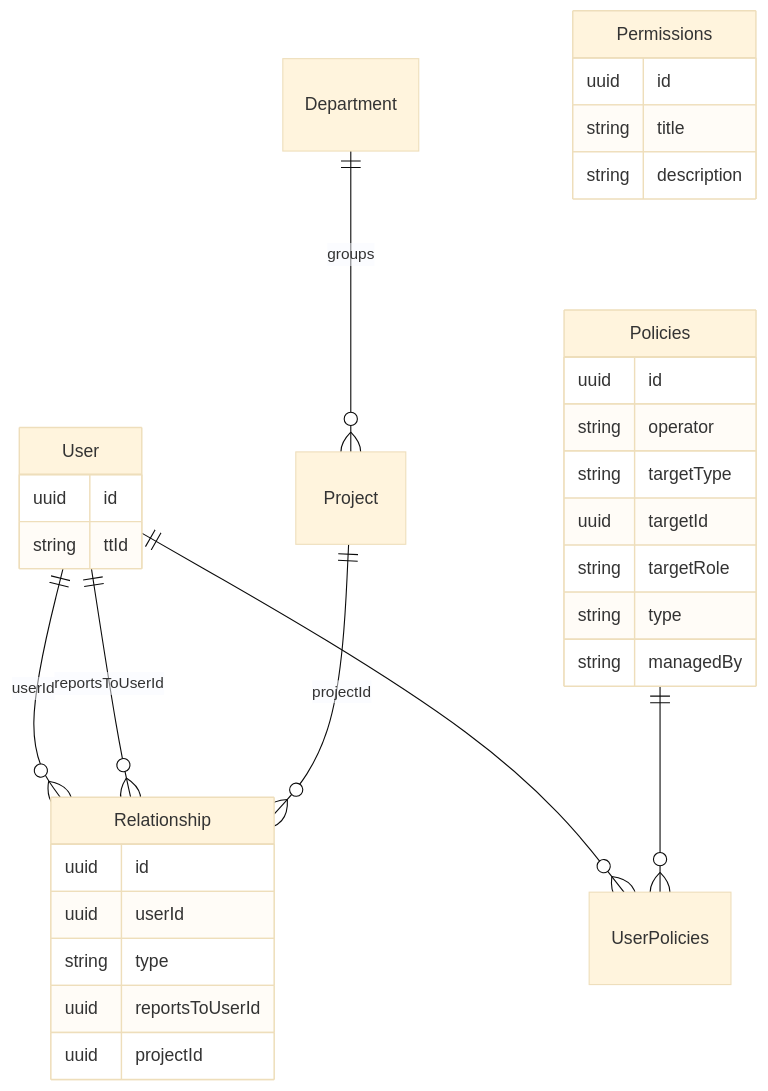
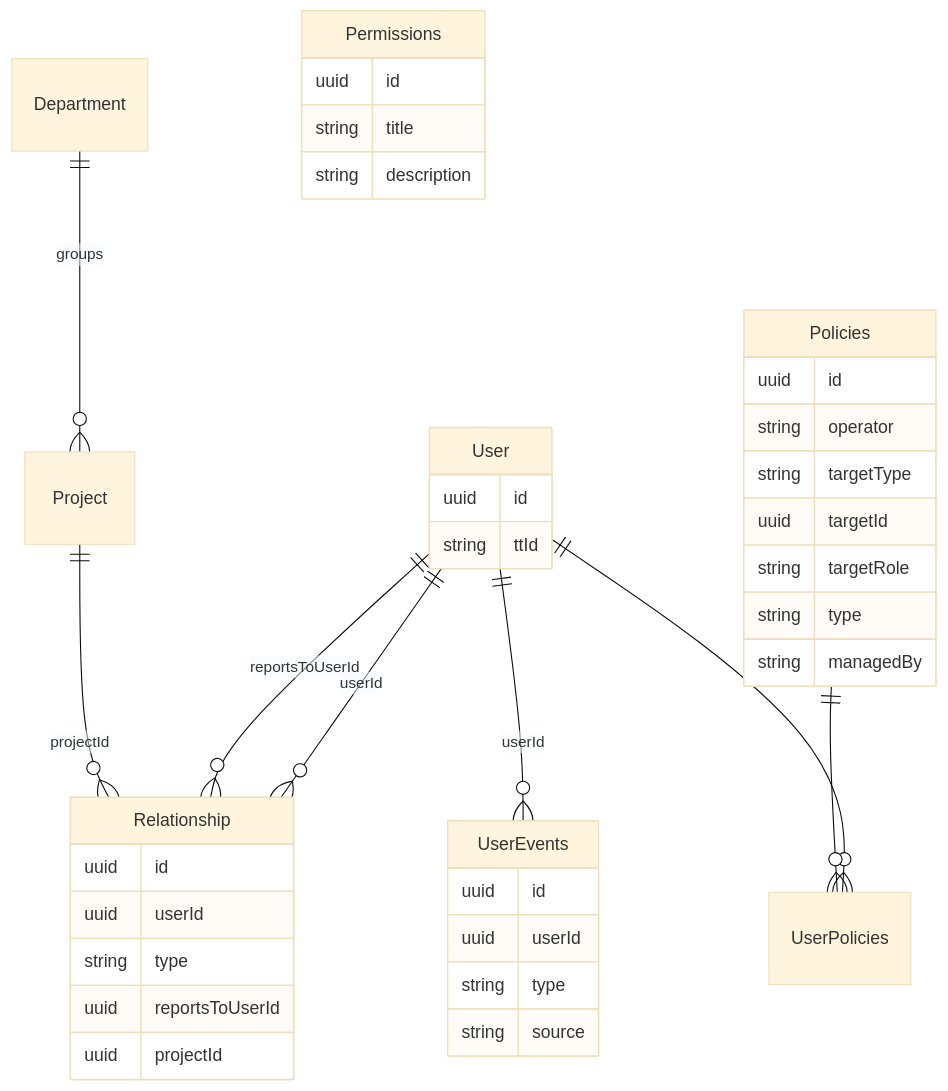
The second of 2 diagrams in _bmad-output/planning-artifacts/architecture/architecture-people-management-2026-08-19/ARCHITECTURE-SPINE.md (altexsoft-dmytro-novyk/workplace), drawn with Mermaid (base theme) before and after one commit. The commit also changed other lines of this file and 298 other files, not shown here.

````diff
--- a/_bmad-output/planning-artifacts/architecture/architecture-people-management-2026-08-19/ARCHITECTURE-SPINE.md
+++ b/_bmad-output/planning-artifacts/architecture/architecture-people-management-2026-08-19/ARCHITECTURE-SPINE.md
@@ -151,34 +158,41 @@
 ```mermaid
 erDiagram
   User ||--o{ Relationship : "userId"
   User ||--o{ Relationship : "reportsToUserId"
   Project ||--o{ Relationship : "projectId"
   User ||--o{ UserPolicies : ""
   Policies ||--o{ UserPolicies : ""
   Department ||--o{ Project : "groups"
+  User ||--o{ UserEvents : "userId"
   User {
     uuid id
     string ttId
   }
   Relationship {
     uuid id
     uuid userId
     string type
     uuid reportsToUserId
     uuid projectId
+  }
+  UserEvents {
+    uuid id
+    uuid userId
+    string type
+    string source
   }
   Policies {
     uuid id
     string operator
     string targetType
     uuid targetId
     string targetRole
     string type
     string managedBy
   }
   Permissions {
     uuid id
     string title
     string description
   }
 ```
````
